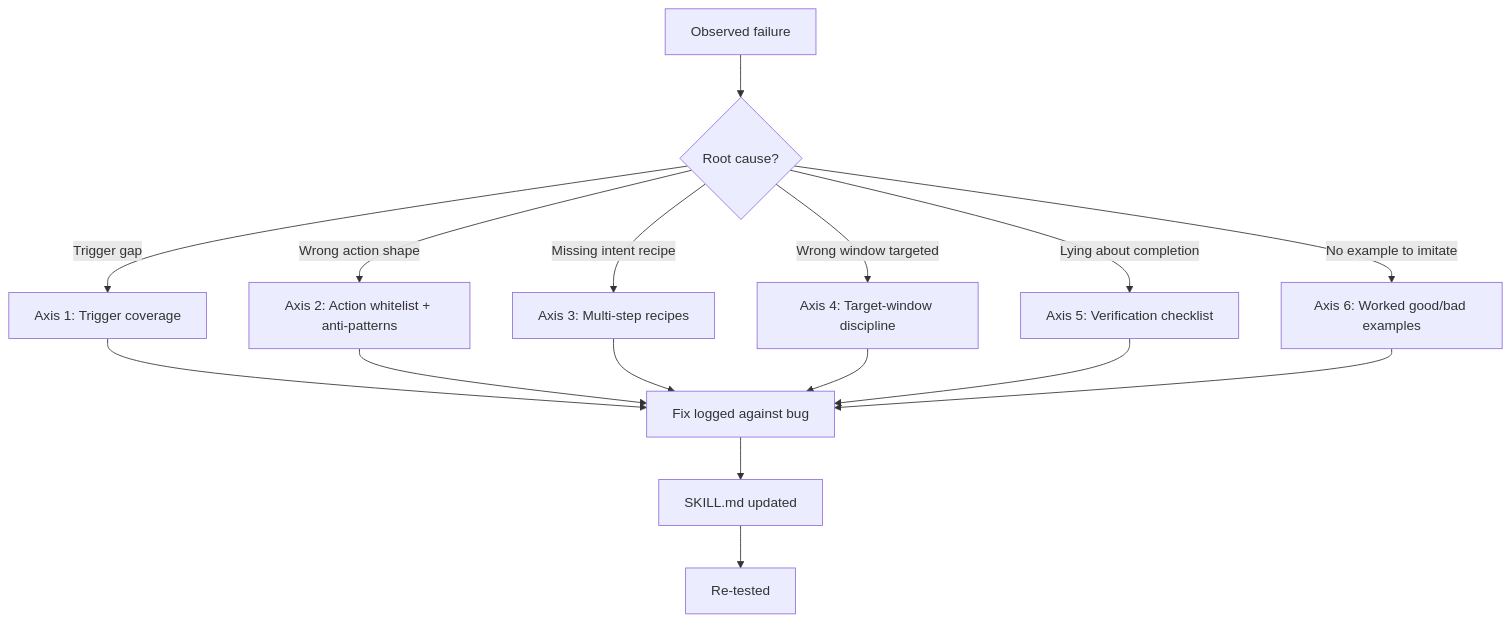
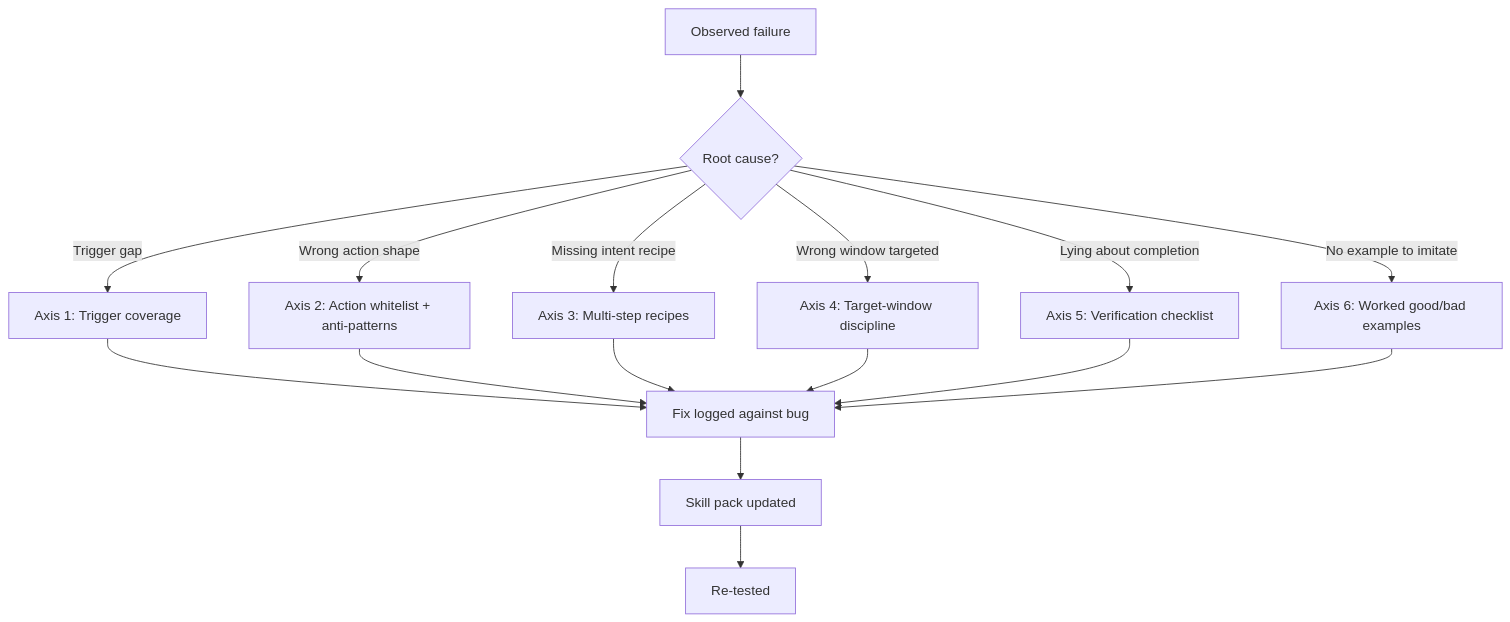
The diagram in README.md (AlishbaFatima12/agent-reliability-notes), drawn with Mermaid before and after one commit. The commit also changed other lines of this file, not shown here.

````diff
--- a/README.md
+++ b/README.md
@@ -140,18 +113,18 @@
 ```mermaid
 graph TD
     A[Observed failure] --> B{Root cause?}
     B -->|Trigger gap| C[Axis 1: Trigger coverage]
     B -->|Wrong action shape| D[Axis 2: Action whitelist + anti-patterns]
     B -->|Missing intent recipe| E[Axis 3: Multi-step recipes]
     B -->|Wrong window targeted| F[Axis 4: Target-window discipline]
     B -->|Lying about completion| G[Axis 5: Verification checklist]
     B -->|No example to imitate| H[Axis 6: Worked good/bad examples]
     C --> I[Fix logged against bug]
     D --> I
     E --> I
     F --> I
     G --> I
     H --> I
-    I --> J[SKILL.md updated]
+    I --> J[Skill pack updated]
     J --> K[Re-tested]
 ```
````
